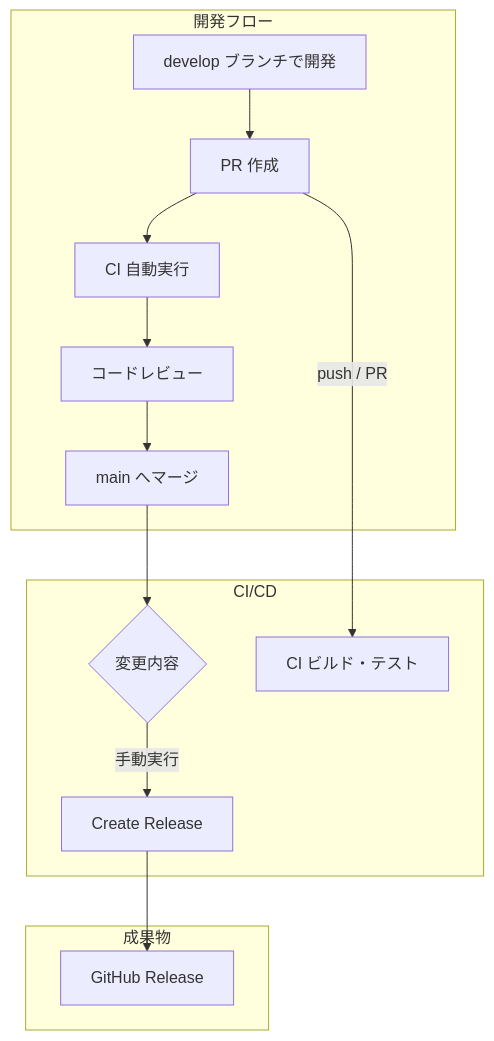
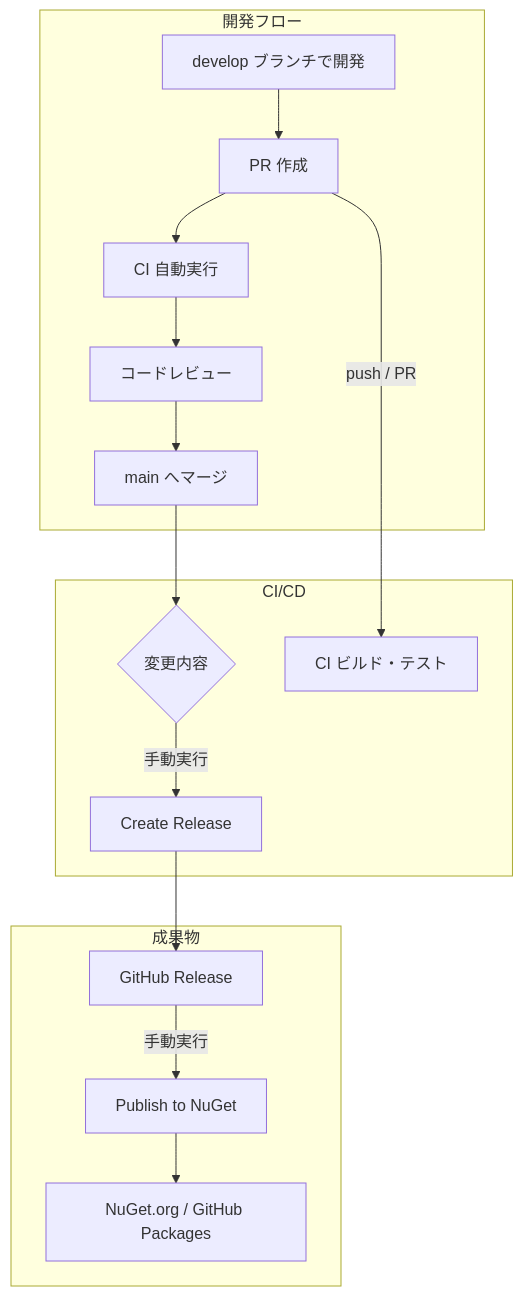
Before and after one commit to vehiclevisionjp/VehicleVision.Tools.ScreenSketch: the first of 5 diagrams in docs/contributing/ci-workflow.md, drawn with Mermaid. The commit also changed other lines of this file and 3 other files, not shown here.

````diff
--- a/docs/contributing/ci-workflow.md
+++ b/docs/contributing/ci-workflow.md
@@ -45,19 +46,21 @@
 ```mermaid
 flowchart TB
     subgraph 開発フロー
         A[develop ブランチで開発] --> B[PR 作成]
         B --> C[CI 自動実行]
         C --> D[コードレビュー]
         D --> E[main へマージ]
     end
 
     subgraph CI/CD
         E --> F{変更内容}
         F -->|手動実行| H[Create Release]
         B -->|push / PR| I[CI ビルド・テスト]
     end
 
     subgraph 成果物
         H --> K[GitHub Release]
+        K -->|手動実行| L[Publish to NuGet]
+        L --> M[NuGet.org / GitHub Packages]
     end
 ```
````
